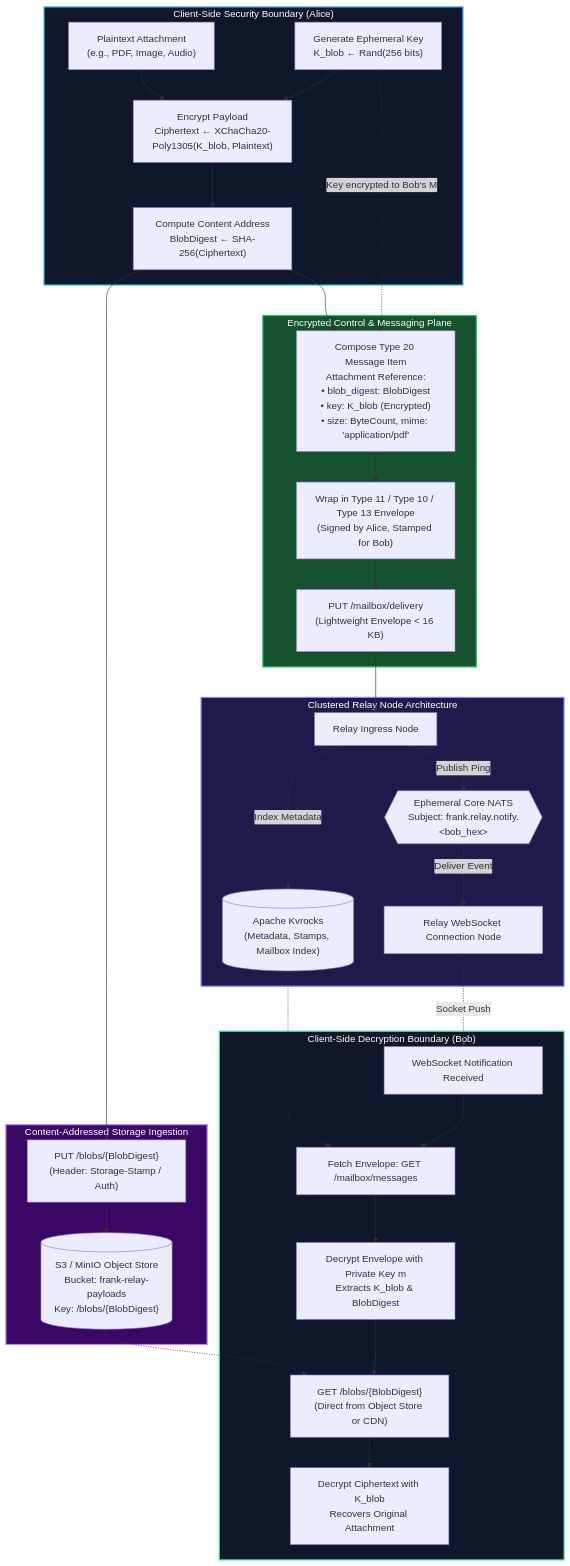
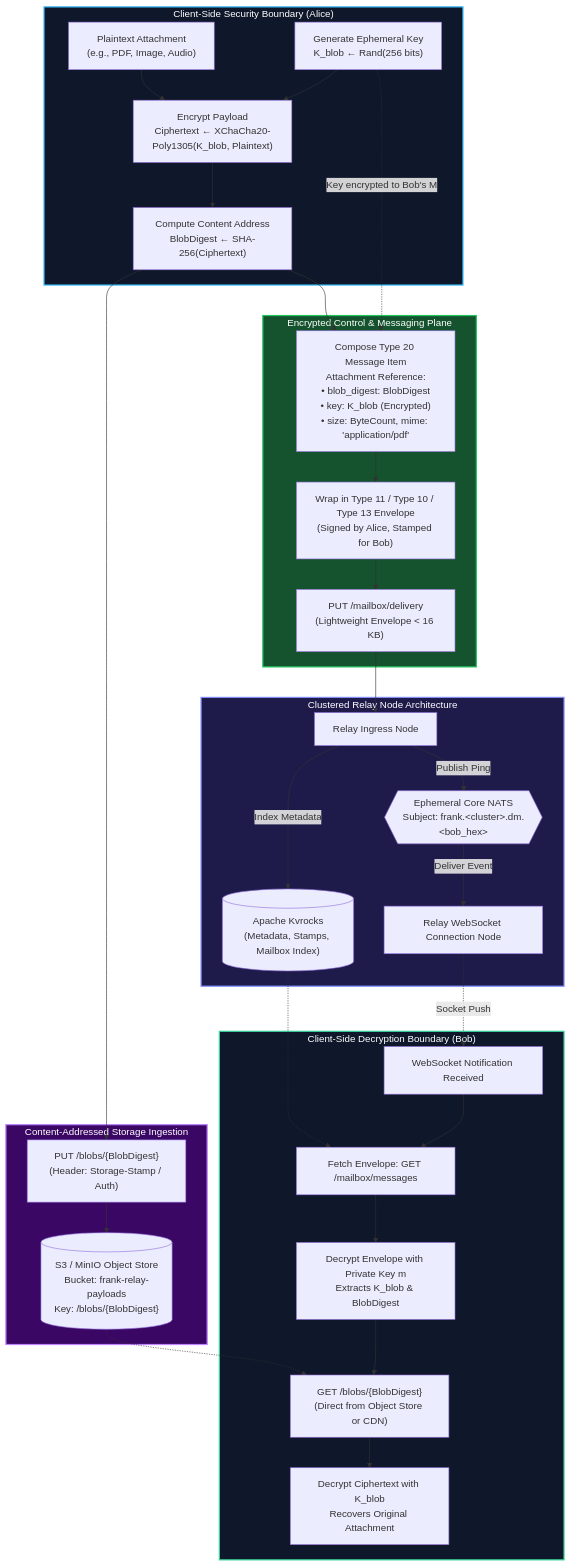
The third of 3 diagrams in docs/vitepress-architecture-and-scaffold.md (schancel/frank), drawn with Mermaid before and after one commit. The commit also changed 25 other files, not shown here.

First line of the commit message:
feat(relay): cluster composition behind a preview flag (HA step 2)

````diff
--- a/docs/vitepress-architecture-and-scaffold.md
+++ b/docs/vitepress-architecture-and-scaffold.md
@@ -158,66 +158,66 @@
 ```mermaid
 flowchart TD
     subgraph ClientSide ["Client-Side Security Boundary (Alice)"]
         Plaintext["Plaintext Attachment<br/>(e.g., PDF, Image, Audio)"]
         GenKey["Generate Ephemeral Key<br/>K_blob ← Rand(256 bits)"]
         EncryptBlob["Encrypt Payload<br/>Ciphertext ← XChaCha20-Poly1305(K_blob, Plaintext)"]
         HashBlob["Compute Content Address<br/>BlobDigest ← SHA-256(Ciphertext)"]
 
         Plaintext --> EncryptBlob
         GenKey --> EncryptBlob
         EncryptBlob --> HashBlob
     end
 
     subgraph BlobUpload ["Content-Addressed Storage Ingestion"]
         UploadBlob["PUT /blobs/{BlobDigest}<br/>(Header: Storage-Stamp / Auth)"]
         ObjectStore[("S3 / MinIO Object Store<br/>Bucket: frank-relay-payloads<br/>Key: /blobs/{BlobDigest}")]
 
         HashBlob --> UploadBlob
         UploadBlob --> ObjectStore
     end
 
     subgraph MessagingPlane ["Encrypted Control & Messaging Plane"]
         ComposeDM["Compose Type 20 Message Item<br/>Attachment Reference:<br/>• blob_digest: BlobDigest<br/>• key: K_blob (Encrypted)<br/>• size: ByteCount, mime: 'application/pdf'"]
         WrapDM["Wrap in Type 11 / Type 10 / Type 13 Envelope<br/>(Signed by Alice, Stamped for Bob)"]
         PushDM["PUT /mailbox/delivery<br/>(Lightweight Envelope &lt; 16 KB)"]
 
         GenKey -.->|Key encrypted to Bob's M| ComposeDM
         HashBlob --> ComposeDM
         ComposeDM --> WrapDM
         WrapDM --> PushDM
     end
 
     subgraph ClusteredBackend ["Clustered Relay Node Architecture"]
         IngressNode["Relay Ingress Node"]
         Kvrocks[("Apache Kvrocks<br/>(Metadata, Stamps, Mailbox Index)")]
-        CoreNATS{{"Ephemeral Core NATS<br/>Subject: frank.relay.notify.&lt;bob_hex&gt;"}}
+        CoreNATS{{"Ephemeral Core NATS<br/>Subject: frank.&lt;cluster&gt;.dm.&lt;bob_hex&gt;"}}
         WSNode["Relay WebSocket Connection Node"]
 
         PushDM --> IngressNode
         IngressNode -->|Index Metadata| Kvrocks
         IngressNode -->|Publish Ping| CoreNATS
         CoreNATS -->|Deliver Event| WSNode
     end
 
     subgraph RecipientSide ["Client-Side Decryption Boundary (Bob)"]
         RecvPush["WebSocket Notification Received"]
         SyncInbox["Fetch Envelope: GET /mailbox/messages"]
         DecryptDM["Decrypt Envelope with Private Key m<br/>Extracts K_blob & BlobDigest"]
         FetchBlob["GET /blobs/{BlobDigest}<br/>(Direct from Object Store or CDN)"]
         DecryptFile["Decrypt Ciphertext with K_blob<br/>Recovers Original Attachment"]
 
         WSNode -.->|Socket Push| RecvPush
         RecvPush --> SyncInbox
         Kvrocks -.-> SyncInbox
         SyncInbox --> DecryptDM
         DecryptDM --> FetchBlob
         ObjectStore -.-> FetchBlob
         FetchBlob --> DecryptFile
     end
 
     style ClientSide fill:#0f172a,stroke:#38bdf8,stroke-width:2px,color:#fff
     style RecipientSide fill:#0f172a,stroke:#34d399,stroke-width:2px,color:#fff
     style ClusteredBackend fill:#1e1b4b,stroke:#818cf8,stroke-width:2px,color:#fff
     style MessagingPlane fill:#14532d,stroke:#22c55e,stroke-width:2px,color:#fff
     style BlobUpload fill:#3b0764,stroke:#c084fc,stroke-width:2px,color:#fff
 ```
````
